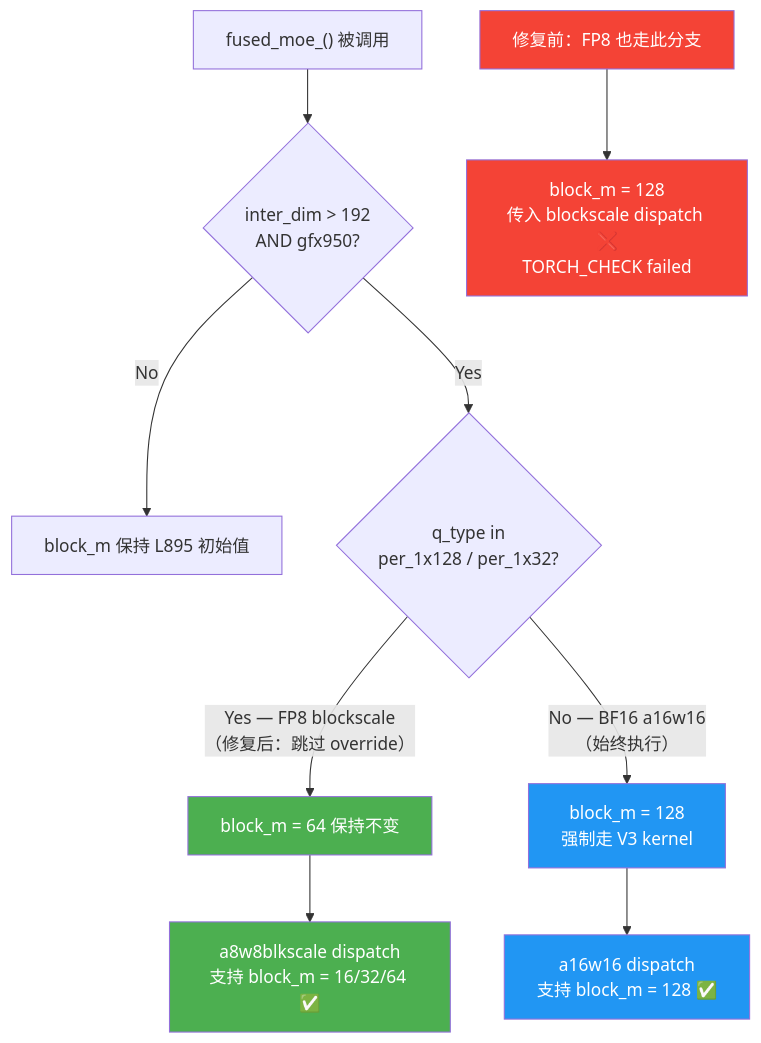
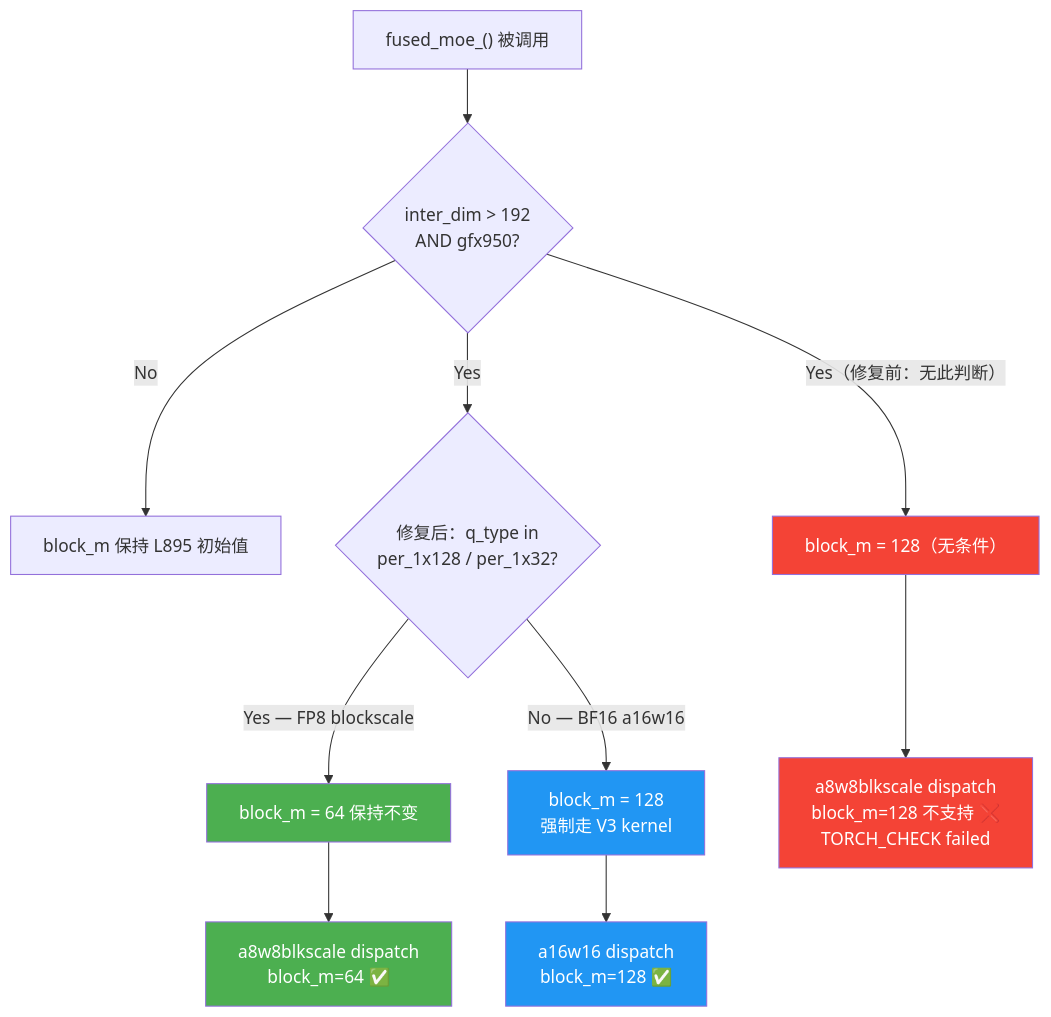
Before and after one commit to LJ-underdog/project_summary: the diagram in step35-flash-support/05_fp8_inference.md, drawn with Mermaid. The commit also changed 3 other files, not shown here.

````diff
--- a/step35-flash-support/05_fp8_inference.md
+++ b/step35-flash-support/05_fp8_inference.md
@@ -82,21 +82,21 @@
 ```mermaid
 graph TD
     A["fused_moe_() 被调用"] --> B{"inter_dim > 192<br/>AND gfx950?"}
     B -->|No| C["block_m 保持 L895 初始值"]
-    B -->|Yes| D{"q_type in<br/>per_1x128 / per_1x32?"}
+    B -->|Yes| D{"修复后：q_type in<br/>per_1x128 / per_1x32?"}
+    B -->|"Yes（修复前：无此判断）"| X["block_m = 128（无条件）"]
 
-    D -->|"Yes — FP8 blockscale<br/>（修复后：跳过 override）"| E["block_m = 64 保持不变"]
-    D -->|"No — BF16 a16w16<br/>（始终执行）"| F["block_m = 128<br/>强制走 V3 kernel"]
+    D -->|"Yes — FP8 blockscale"| E["block_m = 64 保持不变"]
+    D -->|"No — BF16 a16w16"| F["block_m = 128<br/>强制走 V3 kernel"]
 
-    E --> G["a8w8blkscale dispatch<br/>支持 block_m = 16/32/64 ✅"]
-    F --> H["a16w16 dispatch<br/>支持 block_m = 128 ✅"]
-
-    E2["修复前：FP8 也走此分支"] --> I["block_m = 128<br/>传入 blockscale dispatch ❌<br/>TORCH_CHECK failed"]
+    X --> I["a8w8blkscale dispatch<br/>block_m=128 不支持 ❌<br/>TORCH_CHECK failed"]
+    E --> G["a8w8blkscale dispatch<br/>block_m=64 ✅"]
+    F --> H["a16w16 dispatch<br/>block_m=128 ✅"]
 
     style E fill:#4CAF50,color:#fff
     style G fill:#4CAF50,color:#fff
     style F fill:#2196F3,color:#fff
     style H fill:#2196F3,color:#fff
-    style E2 fill:#F44336,color:#fff
+    style X fill:#F44336,color:#fff
     style I fill:#F44336,color:#fff
 ```
````
